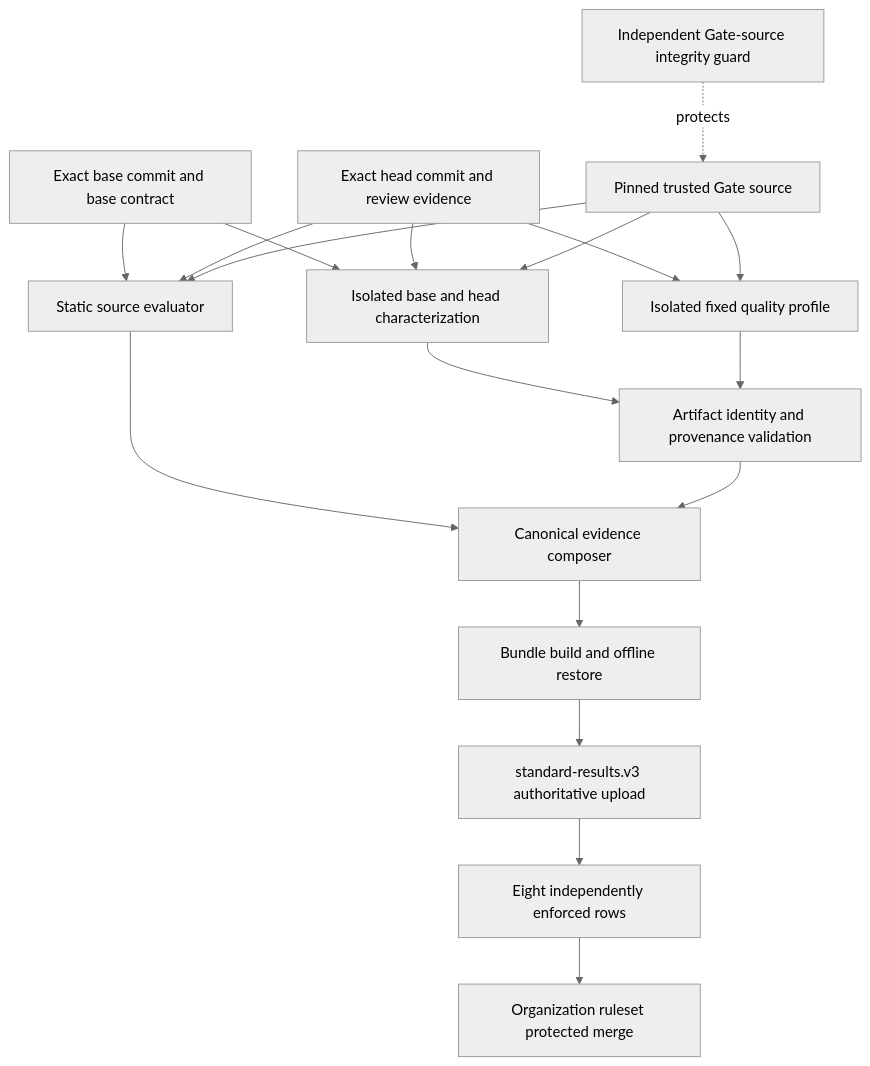
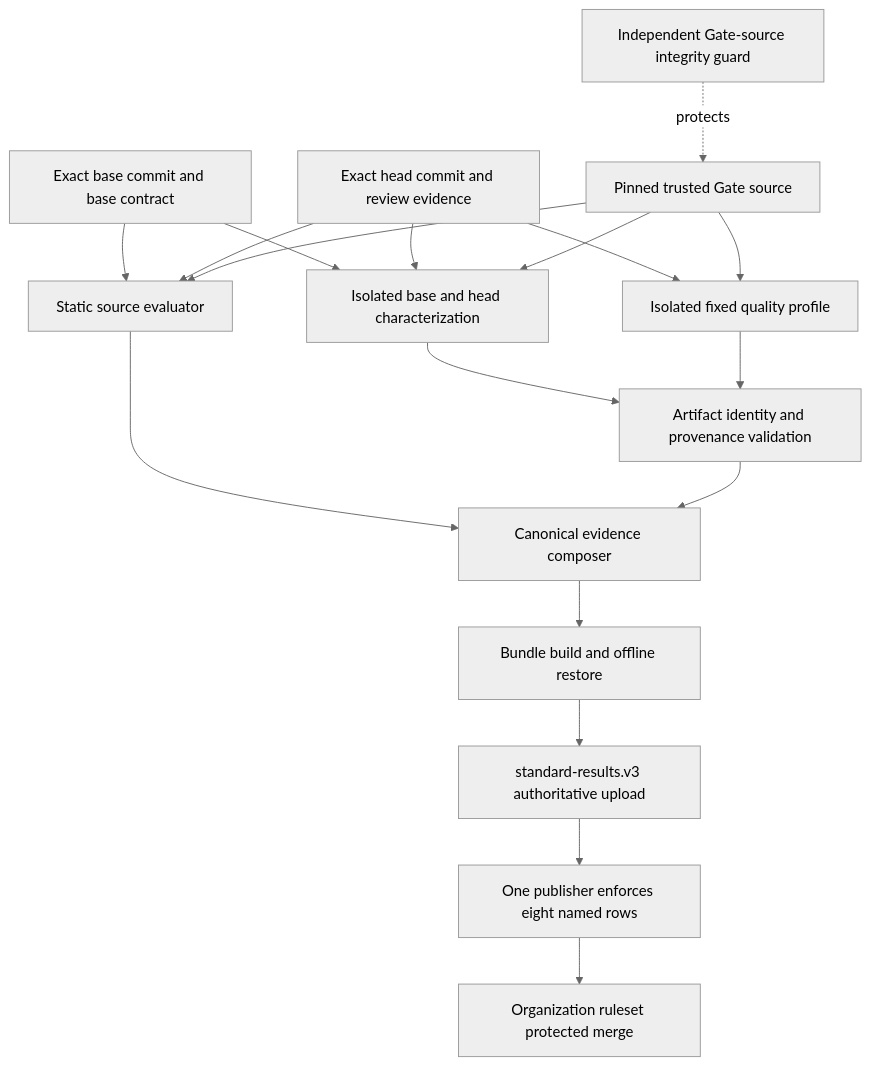
One commit to mbh-solutions/supportability-gate changed the diagram in docs/product/Architecture.md. Above: the diagram before and after it, drawn with Mermaid (neutral theme). The commit also changed other lines of this file and 12 other files, not shown here.

````diff
--- a/docs/product/Architecture.md
+++ b/docs/product/Architecture.md
@@ -6,20 +6,20 @@
 ```mermaid
 flowchart TB
     B[Exact base commit and base contract] --> S[Static source evaluator]
     H[Exact head commit and review evidence] --> S
     B --> C[Isolated base and head characterization]
     H --> C
     H --> Q[Isolated fixed quality profile]
     P[Pinned trusted Gate source] --> S
     P --> C
     P --> Q
     C --> A[Artifact identity and provenance validation]
     Q --> A
     S --> E[Canonical evidence composer]
     A --> E
     E --> Z[Bundle build and offline restore]
     Z --> R[standard-results.v3 authoritative upload]
-    R --> L[Eight independently enforced rows]
+    R --> L[One publisher enforces eight named rows]
     L --> G[Organization ruleset protected merge]
     I[Independent Gate-source integrity guard] -. protects .-> P
 ```
````
